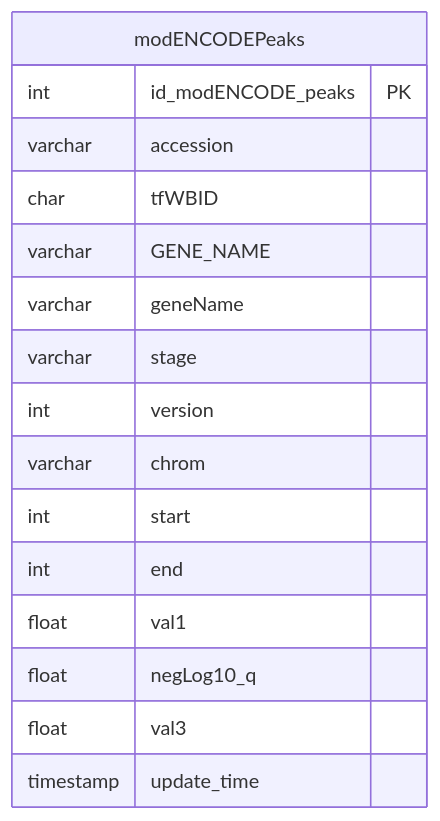
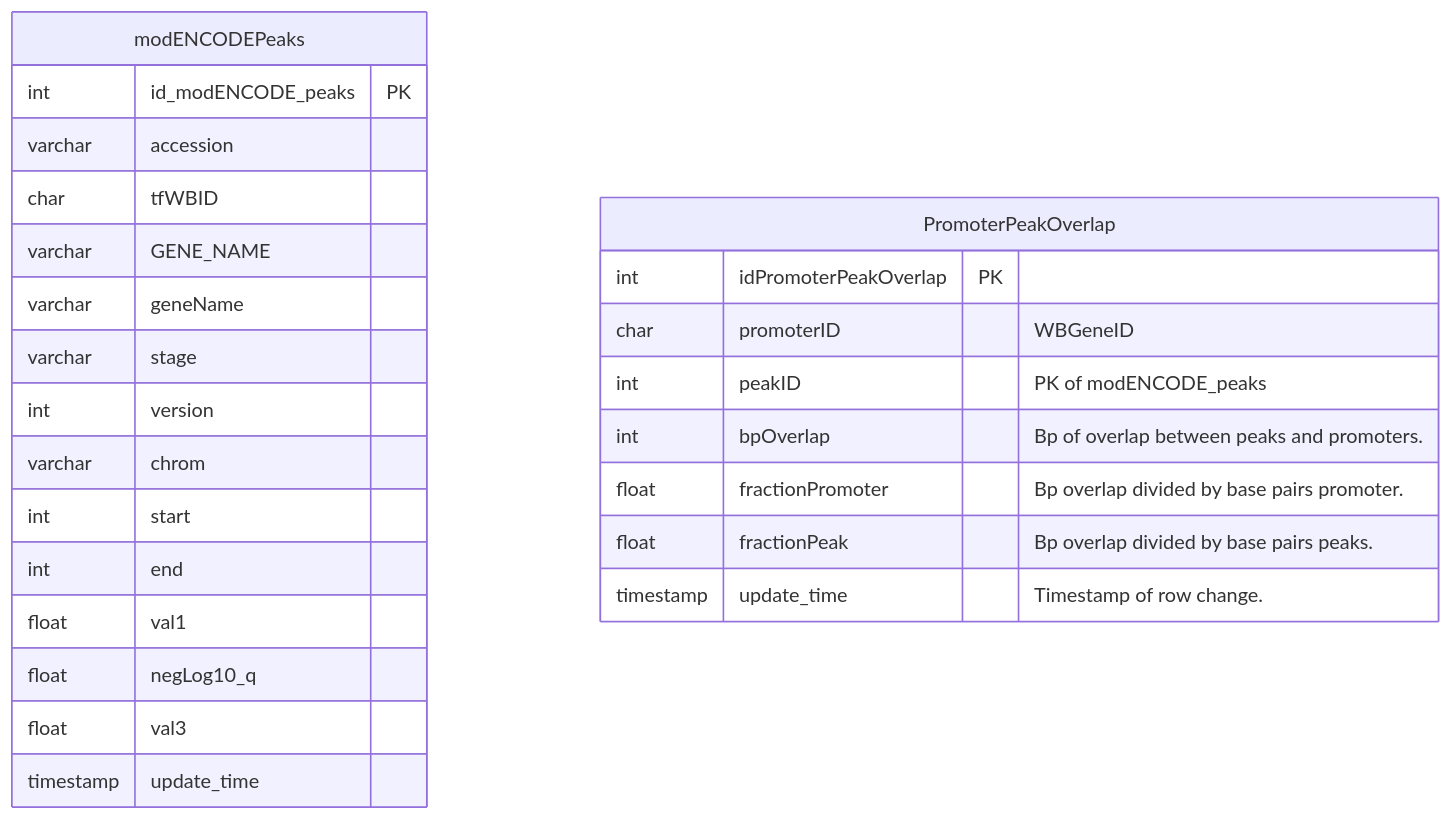
One commit to meekrob/OnishRDB changed the fourth of 7 diagrams in README.md. Above: the diagram before and after it, drawn with Mermaid.

````diff
--- a/README.md
+++ b/README.md
@@ -275,21 +275,30 @@
 ```mermaid
 erDiagram
 
 modENCODEPeaks {
 int id_modENCODE_peaks PK
 varchar accession 
 char tfWBID 
 varchar GENE_NAME 
 varchar geneName 
 varchar stage 
 int version 
 varchar chrom 
 int start 
 int end 
 float val1 
 float negLog10_q 
 float val3 
 timestamp update_time 
 }
 
+PromoterPeakOverlap {
+int idPromoterPeakOverlap PK ""
+char promoterID  "WBGeneID"
+int peakID  "PK of modENCODE_peaks"
+int bpOverlap  "Bp of overlap between peaks and promoters."
+float fractionPromoter  "Bp overlap divided by base pairs promoter."
+float fractionPeak  "Bp overlap divided by base pairs peaks."
+timestamp update_time  "Timestamp of row change."
+}
 ```
````
